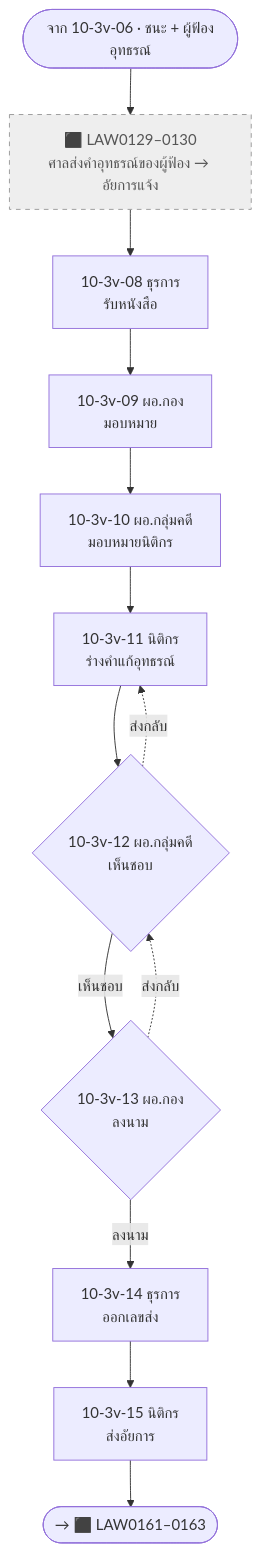
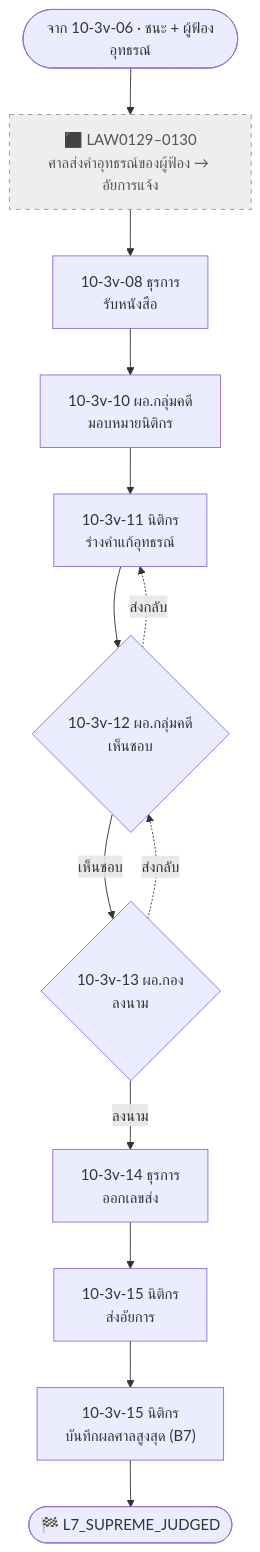
Before and after one commit to varitthon/E-CMIS-A4: the seventh of 13 diagrams in docs/activity10-flow-10.3.md, drawn with Mermaid. The commit also changed other lines of this file and 181 other files, not shown here.

First line of the commit message:
feat: ปรับ flow หลังประชุมคณะกรรมการ 14/10 — ตัดขั้นตอนมอบหมาย ผอ.กฎหมาย + เพิ่มระบบคำพิพากษา

````diff
--- a/docs/activity10-flow-10.3.md
+++ b/docs/activity10-flow-10.3.md
@@ -211,10 +235,10 @@
 ```mermaid
 flowchart TD
   S(["จาก 10-3v-06 · ชนะ + ผู้ฟ้องอุทธรณ์"]) --> X7["⬛ LAW0129–0130<br/>ศาลส่งคำอุทธรณ์ของผู้ฟ้อง → อัยการแจ้ง"]:::ext
-  X7 --> V8["10-3v-08 ธุรการ<br/>รับหนังสือ"] --> V9["10-3v-09 ผอ.กอง<br/>มอบหมาย"] --> V10["10-3v-10 ผอ.กลุ่มคดี<br/>มอบหมายนิติกร"] --> V11["10-3v-11 นิติกร<br/>ร่างคำแก้อุทธรณ์"] --> V12{"10-3v-12 ผอ.กลุ่มคดี<br/>เห็นชอบ"}
+  X7 --> V8["10-3v-08 ธุรการ<br/>รับหนังสือ"] --> V10["10-3v-10 ผอ.กลุ่มคดี<br/>มอบหมายนิติกร"] --> V11["10-3v-11 นิติกร<br/>ร่างคำแก้อุทธรณ์"] --> V12{"10-3v-12 ผอ.กลุ่มคดี<br/>เห็นชอบ"}
   V12 -. ส่งกลับ .-> V11
   V12 -- เห็นชอบ --> V13{"10-3v-13 ผอ.กอง<br/>ลงนาม"}
   V13 -. ส่งกลับ .-> V12
-  V13 -- ลงนาม --> V14["10-3v-14 ธุรการ<br/>ออกเลขส่ง"] --> V15["10-3v-15 นิติกร<br/>ส่งอัยการ"] --> O(["→ ⬛ LAW0161–0163"])
+  V13 -- ลงนาม --> V14["10-3v-14 ธุรการ<br/>ออกเลขส่ง"] --> V15["10-3v-15 นิติกร<br/>ส่งอัยการ"] --> B7["10-3v-15 นิติกร<br/>บันทึกผลศาลสูงสุด (B7)"] --> T(["🏁 L7_SUPREME_JUDGED"])
   classDef ext fill:#eeeeee,stroke:#999999,stroke-dasharray:5 5,color:#555555
 ```
````
